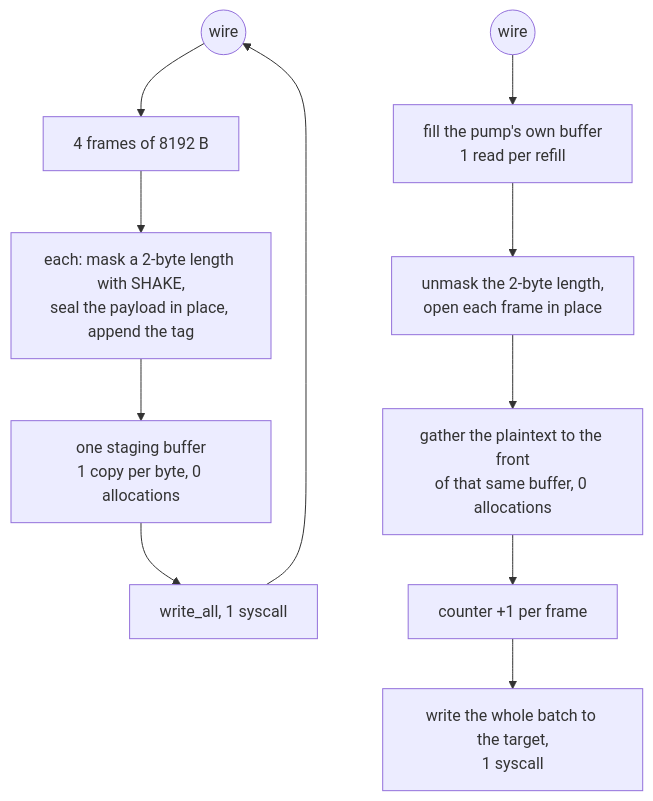
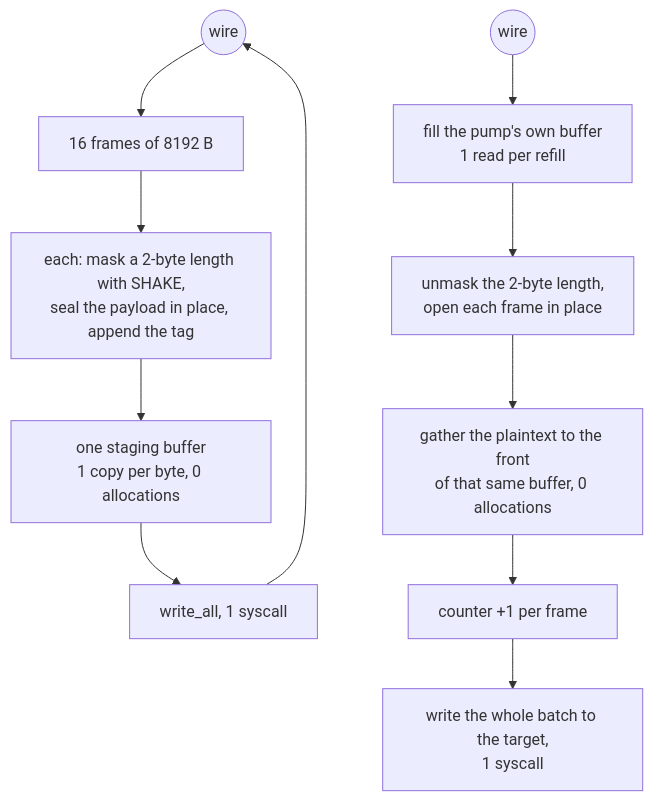
The diagram in docs/function/vmess.md (Ferrocite/ferrox), drawn with Mermaid before and after one commit. The commit also changed other lines of this file and 3 other files, not shown here.

````diff
--- a/docs/function/vmess.md
+++ b/docs/function/vmess.md
@@ -32,13 +32,13 @@
 ```mermaid
 graph TD
-    W["plaintext read, 32 KiB"] --> W1["4 frames of 8192 B"]
+    W["plaintext read, 128 KiB"] --> W1["16 frames of 8192 B"]
     W1 --> W2["each: mask a 2-byte length with SHAKE,<br/>seal the payload in place, append the tag"]
     W2 --> W3["one staging buffer<br/>1 copy per byte, 0 allocations"]
     W3 --> W4["write_all, 1 syscall"]
     W4 --> W(("wire"))
     R(("wire")) --> R1["fill the pump's own buffer<br/>1 read per refill"]
     R1 --> R2["unmask the 2-byte length,<br/>open each frame in place"]
     R2 --> R3["gather the plaintext to the front<br/>of that same buffer, 0 allocations"]
     R3 --> R4["counter +1 per frame"]
     R4 --> R5["write the whole batch to the target,<br/>1 syscall"]
 ```
````
